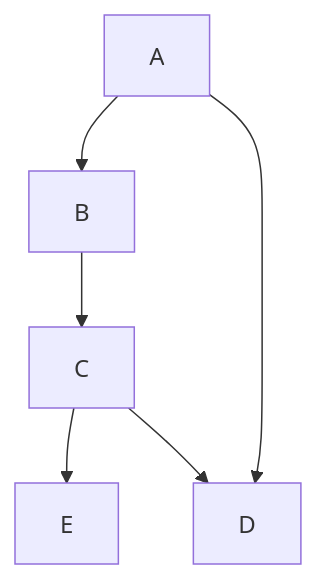
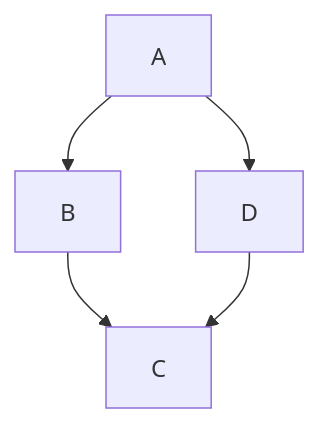
One commit to PaponAhasan/Data-Structures-and-Algorithms changed the diagram in Graph/Minimum Spanning Tree (MST)/Introduction.md. Above: the diagram before and after it, drawn with Mermaid.

````diff
--- a/Graph/Minimum Spanning Tree (MST)/Introduction.md
+++ b/Graph/Minimum Spanning Tree (MST)/Introduction.md
@@ -20,8 +20,7 @@
   ```mermaid
 graph TD;
     A-->B;
     A-->D;
     B-->C;
-    C-->E;
-    C-->D;  
+    D-->C; 
 ```
````
